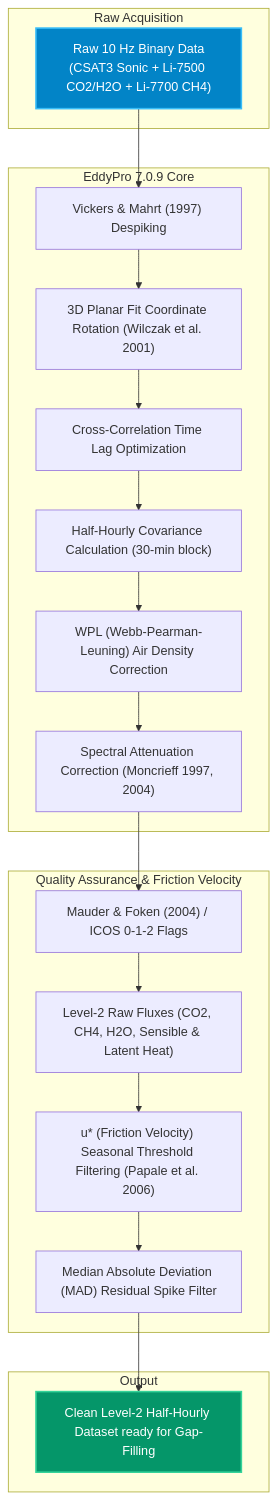
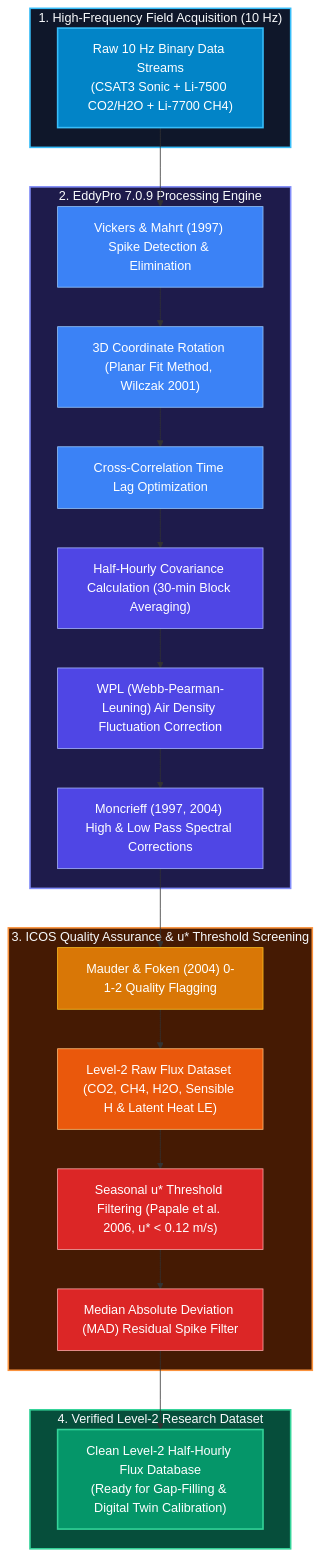
Before and after one commit to danisantanderurrutia-coder/wetland-monitor: the diagram in scripts_hub/mermaid/01_eddy_processing_pipeline.md, drawn with Mermaid. The commit also changed other lines of this file and 11 other files, not shown here.

Commit message:
feat(hub): add twin architecture and data ingestion pipelines, RStudio syntax highlighting, and enhanced Mermaid diagrams

````diff
--- a/scripts_hub/mermaid/01_eddy_processing_pipeline.md
+++ b/scripts_hub/mermaid/01_eddy_processing_pipeline.md
@@ -5,29 +5,44 @@
 ```mermaid
 flowchart TD
-    subgraph Raw Acquisition
-        Raw10Hz["Raw 10 Hz Binary Data\n(CSAT3 Sonic + Li-7500 CO2/H2O + Li-7700 CH4)"]
+    subgraph Raw_Acquisition ["1. High-Frequency Field Acquisition (10 Hz)"]
+        Raw10Hz["Raw 10 Hz Binary Data Streams\n(CSAT3 Sonic + Li-7500 CO2/H2O + Li-7700 CH4)"]
     end
 
-    subgraph EddyPro 7.0.9 Core
-        Raw10Hz --> Despike["Vickers & Mahrt (1997) Despiking"]
-        Despike --> PlanarFit["3D Planar Fit Coordinate Rotation (Wilczak et al. 2001)"]
+    subgraph EddyPro_Core ["2. EddyPro 7.0.9 Processing Engine"]
+        Raw10Hz --> Despike["Vickers & Mahrt (1997) Spike Detection & Elimination"]
+        Despike --> PlanarFit["3D Coordinate Rotation (Planar Fit Method, Wilczak 2001)"]
         PlanarFit --> TimeLag["Cross-Correlation Time Lag Optimization"]
-        TimeLag --> FluxComp["Half-Hourly Covariance Calculation (30-min block)"]
-        FluxComp --> WPL["WPL (Webb-Pearman-Leuning) Air Density Correction"]
-        WPL --> Spectral["Spectral Attenuation Correction (Moncrieff 1997, 2004)"]
+        TimeLag --> FluxComp["Half-Hourly Covariance Calculation (30-min Block Averaging)"]
+        FluxComp --> WPL["WPL (Webb-Pearman-Leuning) Air Density Fluctuation Correction"]
+        WPL --> Spectral["Moncrieff (1997, 2004) High & Low Pass Spectral Corrections"]
     end
 
-    subgraph Quality Assurance & Friction Velocity
-        Spectral --> QAQC["Mauder & Foken (2004) / ICOS 0-1-2 Flags"]
-        QAQC --> Level2["Level-2 Raw Fluxes (CO2, CH4, H2O, Sensible & Latent Heat)"]
-        Level2 --> UstarFilter["u* (Friction Velocity) Seasonal Threshold Filtering (Papale et al. 2006)"]
+    subgraph QAQC_Screening ["3. ICOS Quality Assurance & u* Threshold Screening"]
+        Spectral --> QAQC["Mauder & Foken (2004) 0-1-2 Quality Flagging"]
+        QAQC --> Level2["Level-2 Raw Flux Dataset (CO2, CH4, H2O, Sensible H & Latent Heat LE)"]
+        Level2 --> UstarFilter["Seasonal u* Threshold Filtering (Papale et al. 2006, u* < 0.12 m/s)"]
         UstarFilter --> MADFilter["Median Absolute Deviation (MAD) Residual Spike Filter"]
     end
 
-    subgraph Output
-        MADFilter --> CleanL2["Clean Level-2 Half-Hourly Dataset ready for Gap-Filling"]
+    subgraph Final_Output ["4. Verified Level-2 Research Dataset"]
+        MADFilter --> CleanL2["Clean Level-2 Half-Hourly Flux Database\n(Ready for Gap-Filling & Digital Twin Calibration)"]
     end
 
+    style Raw_Acquisition fill:#0f172a,stroke:#38bdf8,stroke-width:2px,color:#f8fafc
+    style EddyPro_Core fill:#1e1b4b,stroke:#818cf8,stroke-width:2px,color:#f8fafc
+    style QAQC_Screening fill:#451a03,stroke:#fb923c,stroke-width:2px,color:#f8fafc
+    style Final_Output fill:#064e3b,stroke:#34d399,stroke-width:2px,color:#f8fafc
+
     style Raw10Hz fill:#0284c7,stroke:#38bdf8,stroke-width:2px,color:#ffffff
+    style Despike fill:#3b82f6,stroke:#93c5fd,color:#ffffff
+    style PlanarFit fill:#3b82f6,stroke:#93c5fd,color:#ffffff
+    style TimeLag fill:#3b82f6,stroke:#93c5fd,color:#ffffff
+    style FluxComp fill:#4f46e5,stroke:#a5b4fc,color:#ffffff
+    style WPL fill:#4f46e5,stroke:#a5b4fc,color:#ffffff
+    style Spectral fill:#4f46e5,stroke:#a5b4fc,color:#ffffff
+    style QAQC fill:#d97706,stroke:#fbbf24,color:#ffffff
+    style Level2 fill:#ea580c,stroke:#fdba74,color:#ffffff
+    style UstarFilter fill:#dc2626,stroke:#fca5a5,color:#ffffff
+    style MADFilter fill:#dc2626,stroke:#fca5a5,color:#ffffff
     style CleanL2 fill:#059669,stroke:#34d399,stroke-width:2px,color:#ffffff
 ```
````
